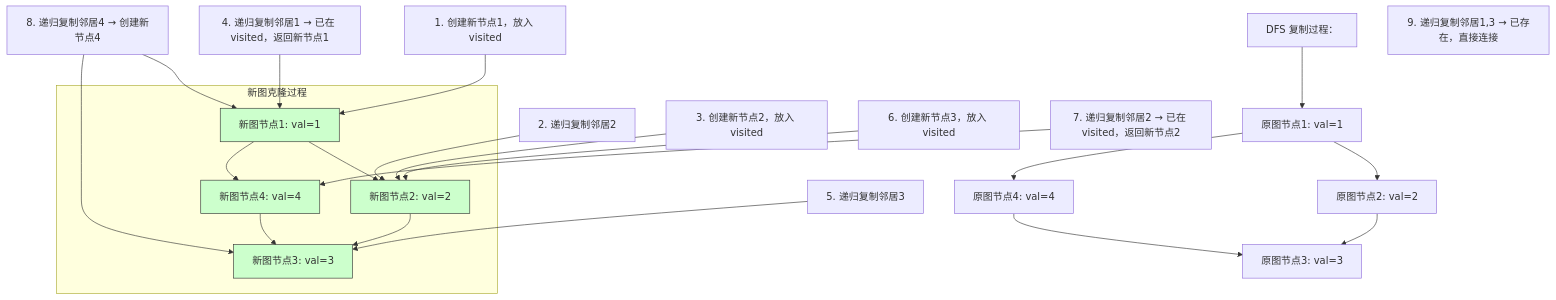
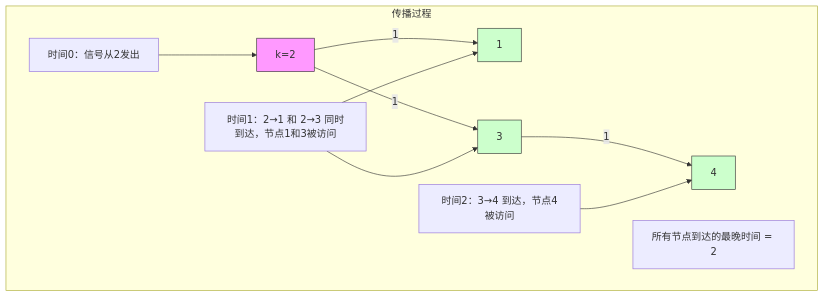
Before and after one commit to UlricYang/octarine-sync: the diagram in interview/labuladong/打卡/29-最短路径/0743.md, drawn with Mermaid. The commit also changed other lines of this file and 2 other files, not shown here.

````diff
--- a/interview/labuladong/打卡/29-最短路径/0743.md
+++ b/interview/labuladong/打卡/29-最短路径/0743.md
@@ -475,41 +540,23 @@
 ```mermaid
 graph TD
-    A["原图节点1: val=1"] --> B["原图节点2: val=2"]
-    A --> D["原图节点4: val=4"]
-    B --> C["原图节点3: val=3"]
-    D --> C
+    A["k=2"] -->|1| B["1"]
+    A -->|1| C["3"]
+    C -->|1| D["4"]
 
-    subgraph 新图克隆过程
-        A2["新图节点1: val=1"] --> B2["新图节点2: val=2"]
-        A2 --> D2["新图节点4: val=4"]
-        B2 --> C2["新图节点3: val=3"]
-        D2 --> C2
+    subgraph 传播过程
+        style A fill:#f9f,stroke:#333
+        style B fill:#cfc,stroke:#333
+        style C fill:#cfc,stroke:#333
+        style D fill:#cfc,stroke:#333
 
-        style A2 fill:#cfc,stroke:#333
-        style B2 fill:#cfc,stroke:#333
-        style C2 fill:#cfc,stroke:#333
-        style D2 fill:#cfc,stroke:#333
+        label1["时间0：信号从2发出"]
+        label2["时间1：2→1 和 2→3 同时到达，节点1和3被访问"]
+        label3["时间2：3→4 到达，节点4被访问"]
+        label4["所有节点到达的最晚时间 = 2"]
+
+        label1 --> A
+        label2 --> B
+        label2 --> C
+        label3 --> D
     end
-
-    label1["DFS 复制过程："]
-    label2["1. 创建新节点1，放入 visited"]
-    label3["2. 递归复制邻居2"]
-    label4["3. 创建新节点2，放入 visited"]
-    label5["4. 递归复制邻居1 → 已在 visited，返回新节点1"]
-    label6["5. 递归复制邻居3"]
-    label7["6. 创建新节点3，放入 visited"]
-    label8["7. 递归复制邻居2 → 已在 visited，返回新节点2"]
-    label9["8. 递归复制邻居4 → 创建新节点4"]
-    label10["9. 递归复制邻居1,3 → 已存在，直接连接"]
-
-    label1 --> A
-    label2 --> A2
-    label3 --> B2
-    label4 --> B2
-    label5 --> A2
-    label6 --> C2
-    label7 --> B2
-    label8 --> D2
-    label9 --> A2
-    label9 --> C2
 ```
````
